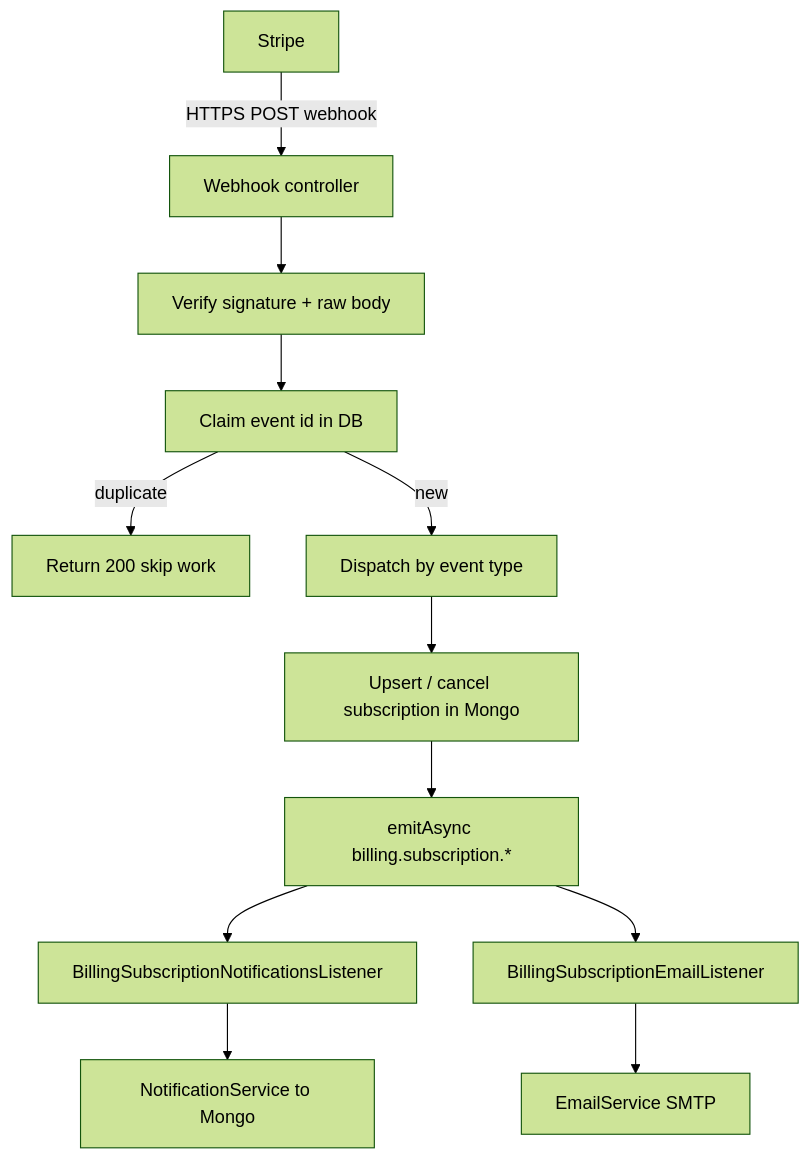
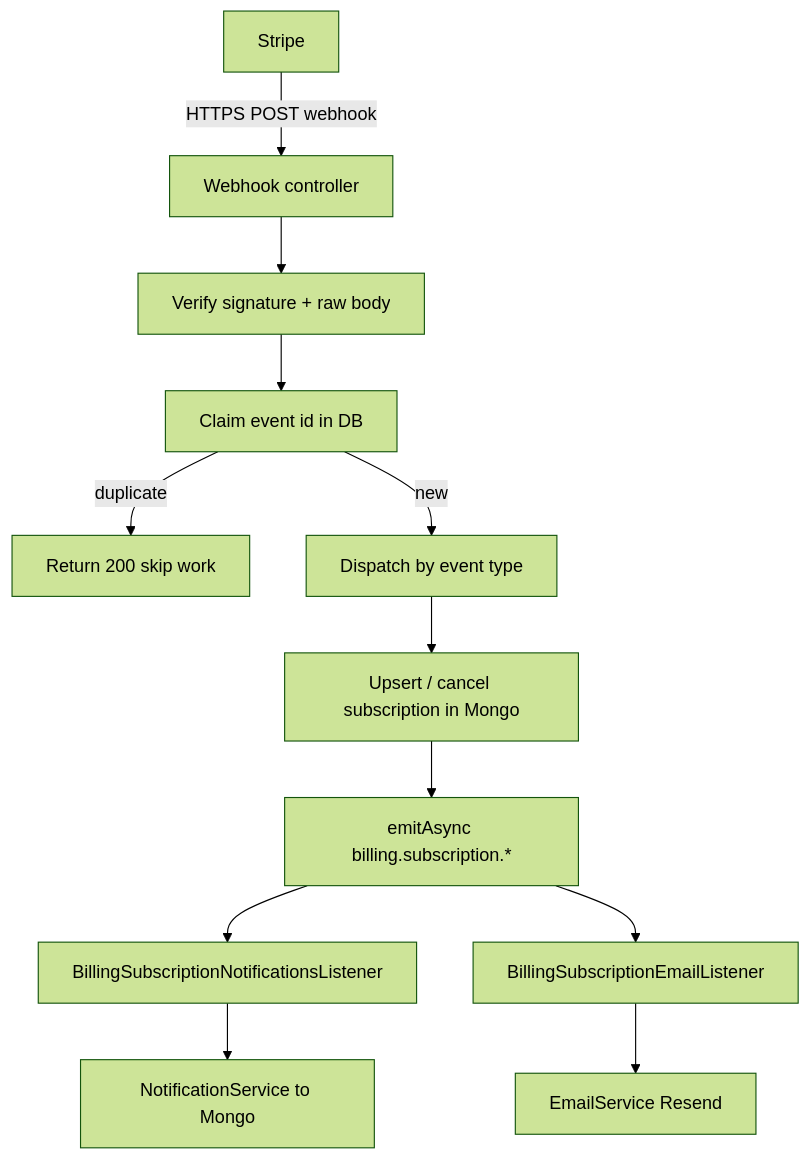
The fifth of 5 diagrams in docs/KNOWLEDGE-TRANSFER.md (Surajit107/SaaS_APP_BE), drawn with Mermaid (forest theme) before and after one commit. The commit also changed other lines of this file and 13 other files, not shown here.

````diff
--- a/docs/KNOWLEDGE-TRANSFER.md
+++ b/docs/KNOWLEDGE-TRANSFER.md
@@ -185,14 +185,14 @@
 ```mermaid
 flowchart TD
   S[Stripe] -->|HTTPS POST webhook| W[Webhook controller]
   W --> V[Verify signature + raw body]
   V --> C[Claim event id in DB]
   C -->|duplicate| Skip[Return 200 skip work]
   C -->|new| D[Dispatch by event type]
   D --> U[Upsert / cancel subscription in Mongo]
   U --> E[emitAsync billing.subscription.*]
   E --> L1[BillingSubscriptionNotificationsListener]
   E --> L2[BillingSubscriptionEmailListener]
   L1 --> N[NotificationService to Mongo]
-  L2 --> M[EmailService SMTP]
+  L2 --> M[EmailService Resend]
 ```
````
